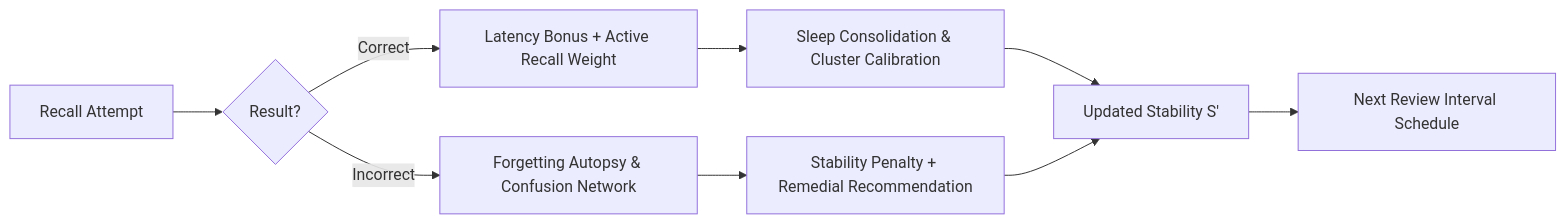
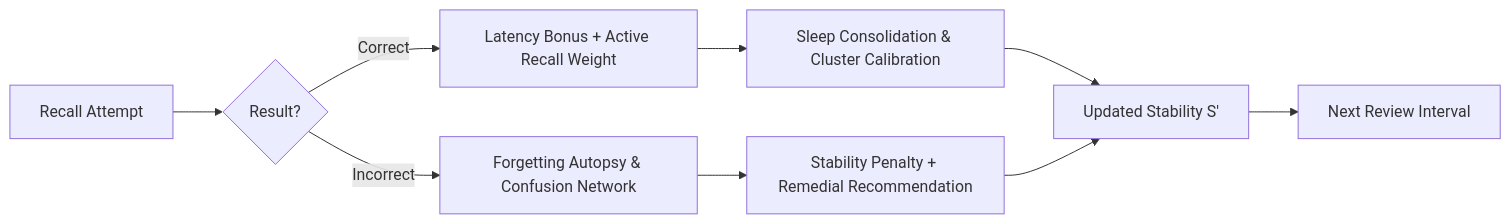
Before and after one commit to theazimjo/VOC: the second of 3 diagrams in README.md, drawn with Mermaid. The commit also changed other lines of this file and 8 other files, not shown here.

````diff
--- a/README.md
+++ b/README.md
@@ -71,11 +66,11 @@
 ```mermaid
 flowchart LR
     A[Recall Attempt] --> B{Result?}
     B -->|Correct| C[Latency Bonus + Active Recall Weight]
     B -->|Incorrect| D[Forgetting Autopsy & Confusion Network]
     C --> E[Sleep Consolidation & Cluster Calibration]
     D --> F[Stability Penalty + Remedial Recommendation]
     E --> G[Updated Stability S']
-    F --> G[Updated Stability S']
-    G --> H[Next Review Interval Schedule]
+    F --> G
+    G --> H[Next Review Interval]
 ```
````
